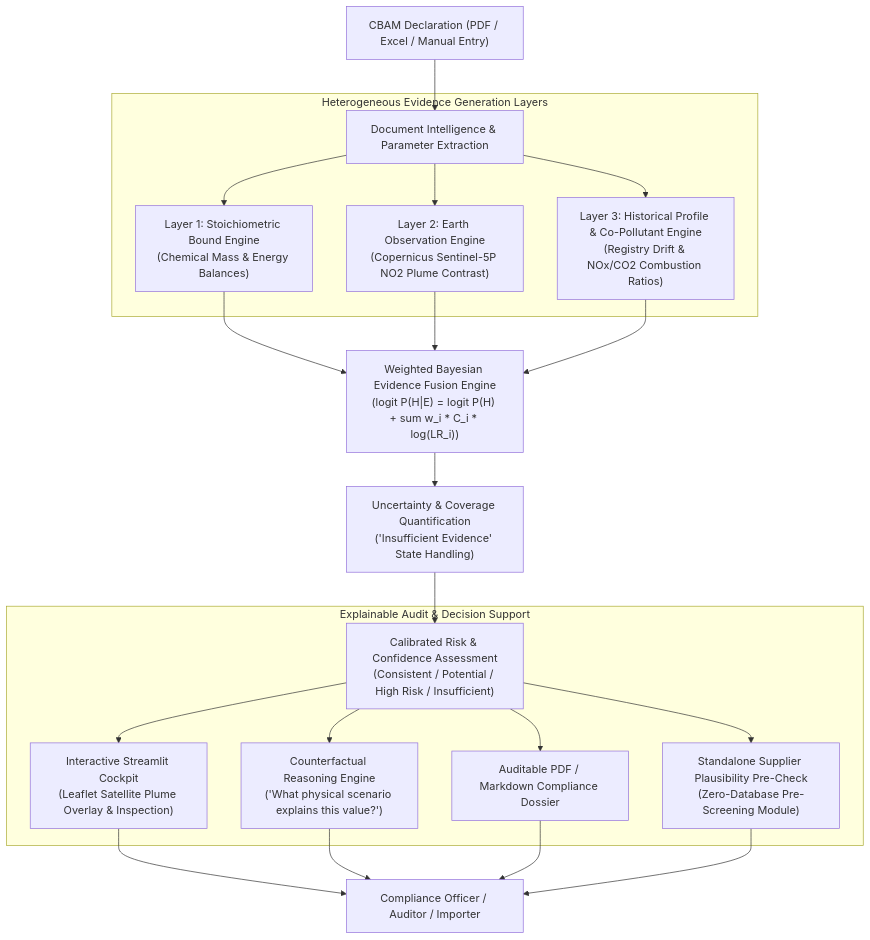
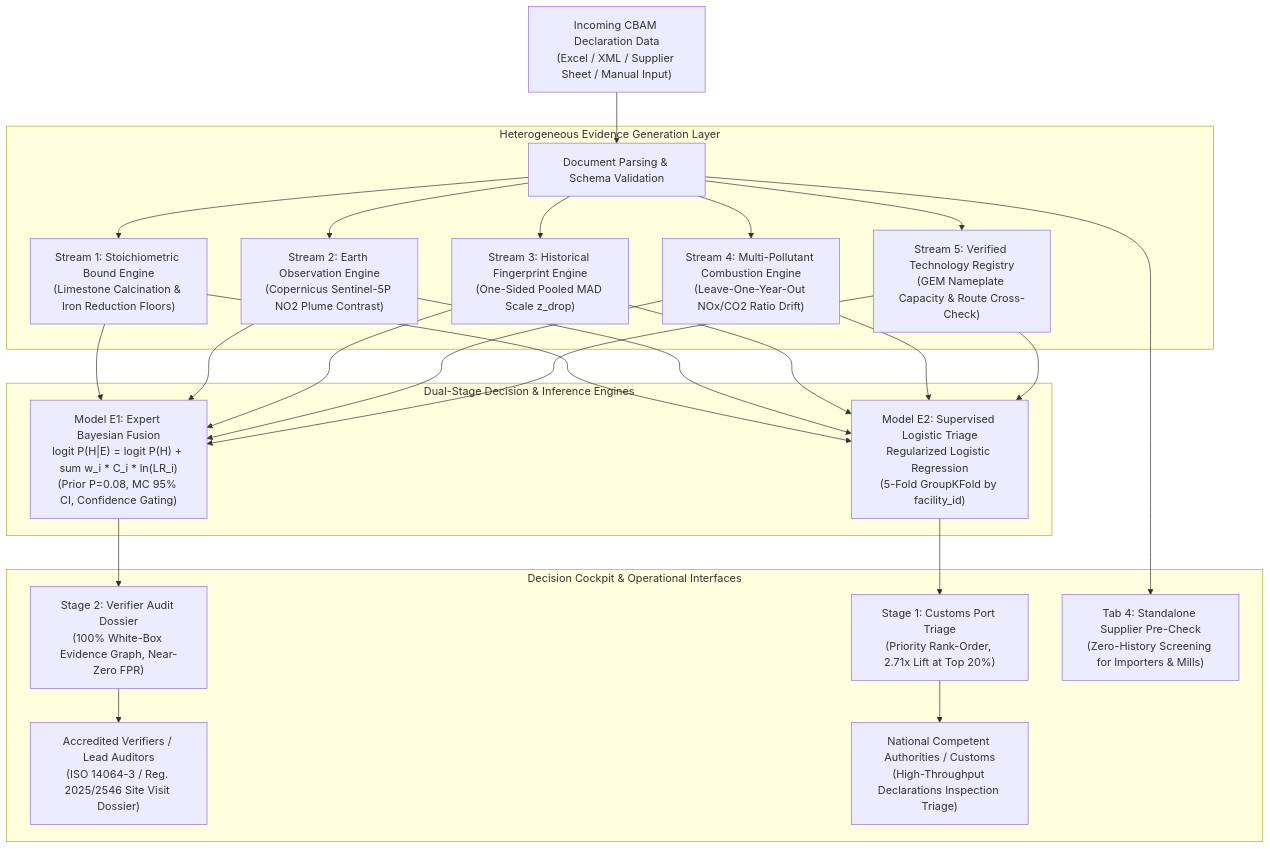
Before and after one commit to CaceresCristhian/VeriCBAM: the first of 2 diagrams in Capstone_Proposal_Document.md, drawn with Mermaid. The commit also changed other lines of this file and 2 other files, not shown here.

````diff
--- a/Capstone_Proposal_Document.md
+++ b/Capstone_Proposal_Document.md
@@ -69,29 +88,35 @@
 ```mermaid
 flowchart TD
-    A["CBAM Declaration (PDF / Excel / Manual Entry)"] --> B["Document Intelligence & Parameter Extraction"]
+    A["Incoming CBAM Declaration Data\n(Excel / XML / Supplier Sheet / Manual Input)"] --> B["Document Parsing & Schema Validation"]
     
-    subgraph Evidence_Generation["Heterogeneous Evidence Generation Layers"]
-        B --> C1["Layer 1: Stoichiometric Bound Engine\n(Chemical Mass & Energy Balances)"]
-        B --> C2["Layer 2: Earth Observation Engine\n(Copernicus Sentinel-5P NO2 Plume Contrast)"]
-        B --> C3["Layer 3: Historical Profile & Co-Pollutant Engine\n(Registry Drift & NOx/CO2 Combustion Ratios)"]
+    subgraph Evidence_Generation["Heterogeneous Evidence Generation Layer"]
+        B --> C1["Stream 1: Stoichiometric Bound Engine\n(Limestone Calcination & Iron Reduction Floors)"]
+        B --> C2["Stream 2: Earth Observation Engine\n(Copernicus Sentinel-5P NO2 Plume Contrast)"]
+        B --> C3["Stream 3: Historical Fingerprint Engine\n(One-Sided Pooled MAD Scale z_drop)"]
+        B --> C4["Stream 4: Multi-Pollutant Combustion Engine\n(Leave-One-Year-Out NOx/CO2 Ratio Drift)"]
+        B --> C5["Stream 5: Verified Technology Registry\n(GEM Nameplate Capacity & Route Cross-Check)"]
     end
     
-    C1 --> D["Weighted Bayesian Evidence Fusion Engine\n(logit P(H|E) = logit P(H) + sum w_i * C_i * log(LR_i))"]
-    C2 --> D
-    C3 --> D
-    
-    D --> E["Uncertainty & Coverage Quantification\n('Insufficient Evidence' State Handling)"]
-    E --> F["Calibrated Risk & Confidence Assessment\n(Consistent / Potential / High Risk / Insufficient)"]
-    
-    subgraph Human_In_The_Loop["Explainable Audit & Decision Support"]
-        F --> G1["Interactive Streamlit Cockpit\n(Leaflet Satellite Plume Overlay & Inspection)"]
-        F --> G2["Counterfactual Reasoning Engine\n('What physical scenario explains this value?')"]
-        F --> G3["Auditable PDF / Markdown Compliance Dossier"]
-        F --> G4["Standalone Supplier Plausibility Pre-Check\n(Zero-Database Pre-Screening Module)"]
+    subgraph Fusion_Engines["Dual-Stage Decision & Inference Engines"]
+        C1 --> D1["Model E1: Expert Bayesian Fusion\nlogit P(H|E) = logit P(H) + sum w_i * C_i * ln(LR_i)\n(Prior P=0.08, MC 95% CI, Confidence Gating)"]
+        C2 --> D1
+        C3 --> D1
+        C4 --> D1
+        C5 --> D1
+        
+        C1 --> D2["Model E2: Supervised Logistic Triage\nRegularized Logistic Regression\n(5-Fold GroupKFold by facility_id)"]
+        C2 --> D2
+        C3 --> D2
+        C4 --> D2
+        C5 --> D2
     end
     
-    G1 --> H["Compliance Officer / Auditor / Importer"]
-    G2 --> H
-    G3 --> H
-    G4 --> H
+    D1 --> E1["Stage 2: Verifier Audit Dossier\n(100% White-Box Evidence Graph, Near-Zero FPR)"]
+    D2 --> E2["Stage 1: Customs Port Triage\n(Priority Rank-Order, 2.71x Lift at Top 20%)"]
+    
+    subgraph User_Touchpoints["Decision Cockpit & Operational Interfaces"]
+        E1 --> F1["Accredited Verifiers / Lead Auditors\n(ISO 14064-3 / Reg. 2025/2546 Site Visit Dossier)"]
+        E2 --> F2["National Competent Authorities / Customs\n(High-Throughput Declarations Inspection Triage)"]
+        B --> F3["Tab 4: Standalone Supplier Pre-Check\n(Zero-History Screening for Importers & Mills)"]
+    end
 ```
````
